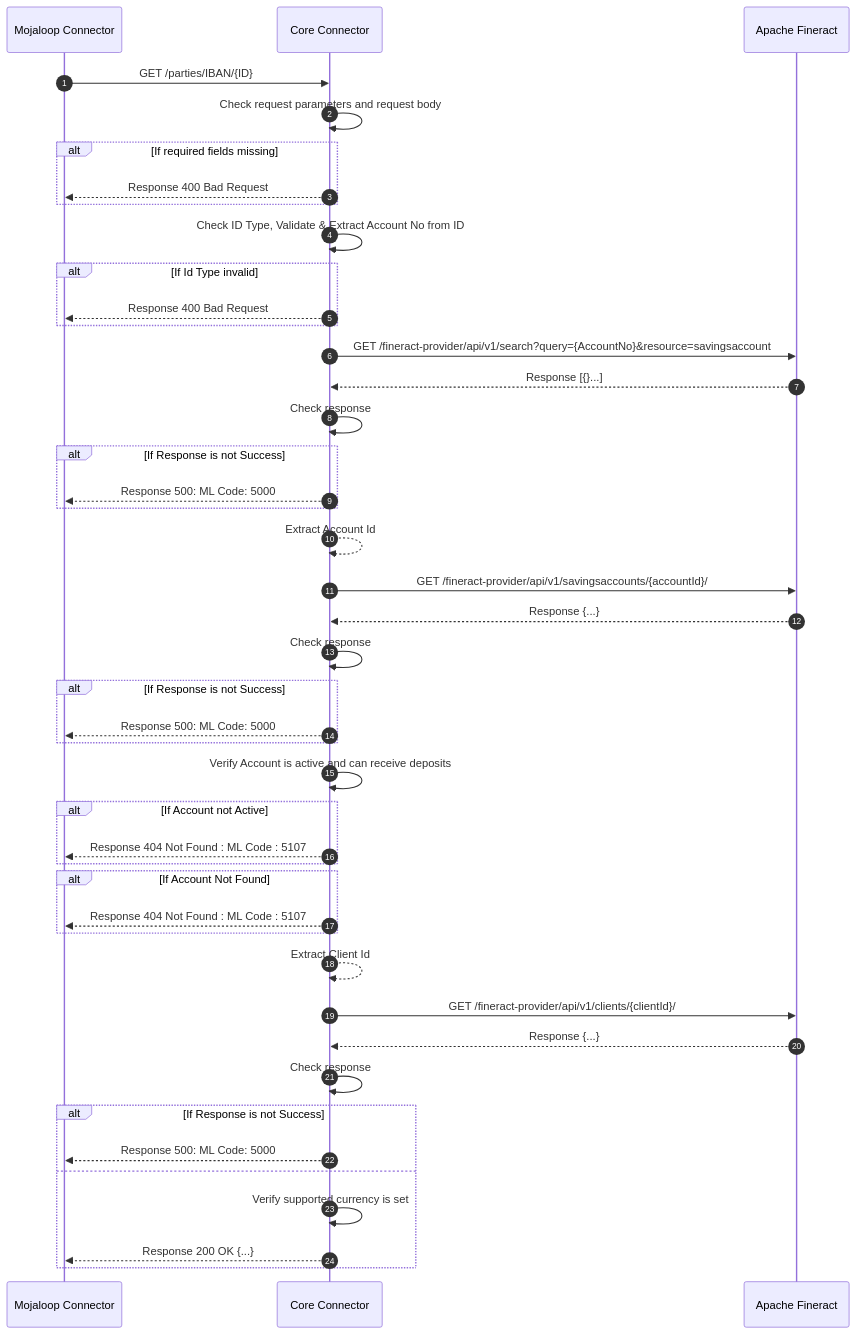
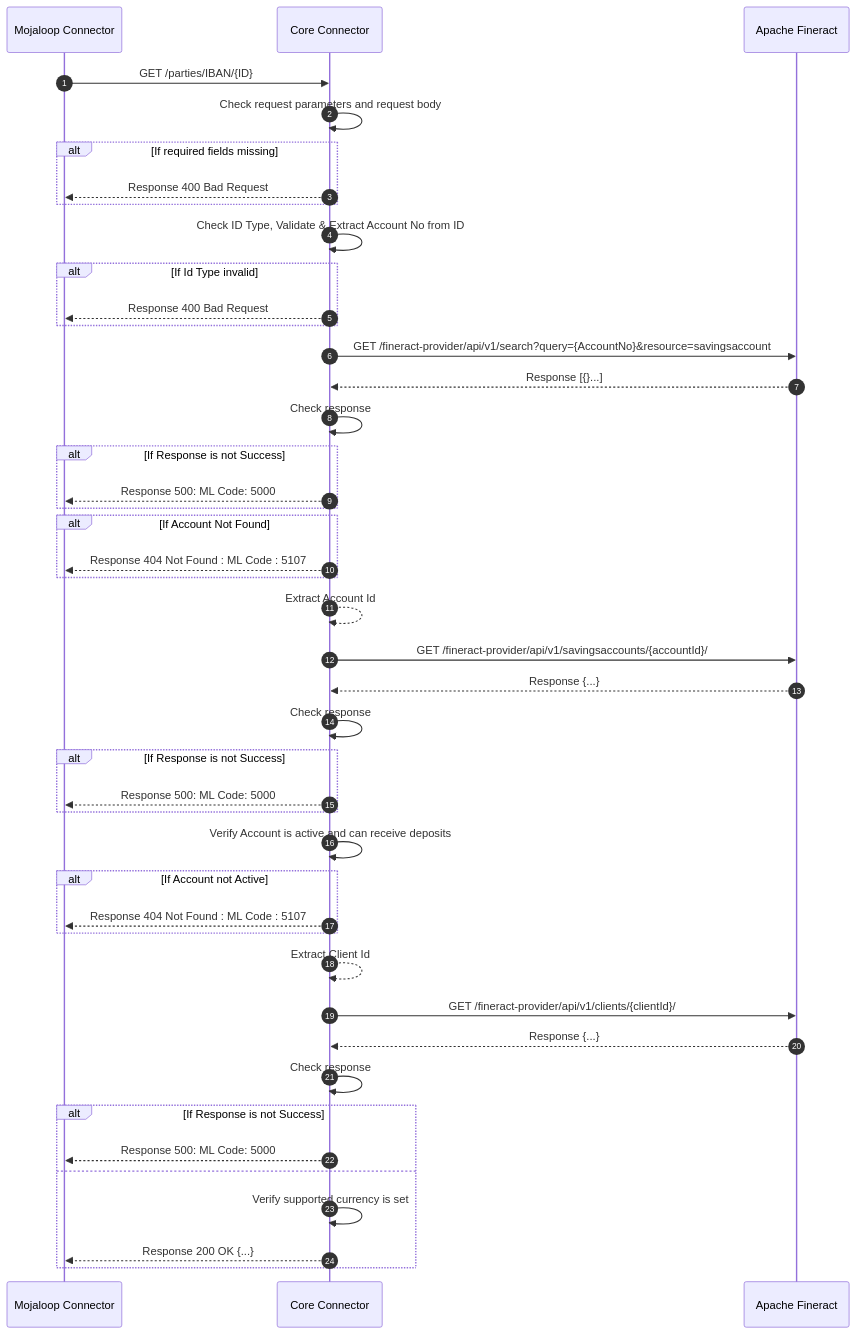
The diagram in docs/PayeeGetParties.md (mojaloop/mifos-core-connector), drawn with Mermaid before and after one commit. The commit also changed other lines of this file, not shown here.

````diff
--- a/docs/PayeeGetParties.md
+++ b/docs/PayeeGetParties.md
@@ -3,45 +3,45 @@
 ```mermaid
 sequenceDiagram
     autonumber
     Mojaloop Connector->>Core Connector: GET /parties/IBAN/{ID}
     Core Connector ->> Core Connector: Check request parameters and request body
     Alt If required fields missing
     Core Connector-->>Mojaloop Connector: Response 400 Bad Request
     End
     Core Connector->>Core Connector: Check ID Type, Validate & Extract Account No from ID
     Alt If Id Type invalid
     Core Connector-->>Mojaloop Connector: Response 400 Bad Request
     End
     Core Connector->>Apache Fineract: GET /fineract-provider/api/v1/search?query={AccountNo}&resource=savingsaccount
     Apache Fineract-->>Core Connector: Response [{}...]
     Core Connector ->> Core Connector: Check response
     Alt If Response is not Success
     Core Connector -->> Mojaloop Connector: Response 500: ML Code: 5000
     End
+    Alt If Account Not Found
+    Core Connector-->>Mojaloop Connector: Response 404 Not Found : ML Code : 5107
+    End
     Core Connector-->>Core Connector: Extract Account Id
     Core Connector->>Apache Fineract: GET /fineract-provider/api/v1/savingsaccounts/{accountId}/
     Apache Fineract-->>Core Connector: Response {...}
     Core Connector ->> Core Connector: Check response
     Alt If Response is not Success
     Core Connector -->> Mojaloop Connector: Response 500: ML Code: 5000
     End
     Core Connector->>Core Connector: Verify Account is active and can receive deposits
     Alt If Account not Active
-    Core Connector-->>Mojaloop Connector: Response 404 Not Found : ML Code : 5107
-    End
-    Alt If Account Not Found
     Core Connector-->>Mojaloop Connector: Response 404 Not Found : ML Code : 5107
     End
     Core Connector-->>Core Connector: Extract Client Id
     Core Connector->>Apache Fineract: GET /fineract-provider/api/v1/clients/{clientId}/
     Apache Fineract-->>Core Connector: Response {...}
     Core Connector ->> Core Connector: Check response
     Alt If Response is not Success
     Core Connector -->> Mojaloop Connector: Response 500: ML Code: 5000
     Else
     Core Connector ->> Core Connector: Verify supported currency is set
     Core Connector-->>Mojaloop Connector: Response 200 OK {...}
     End
 
     
 ```
````
